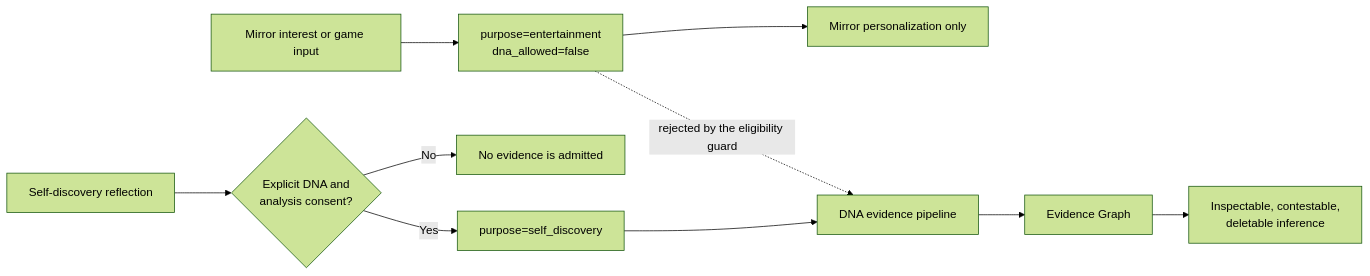
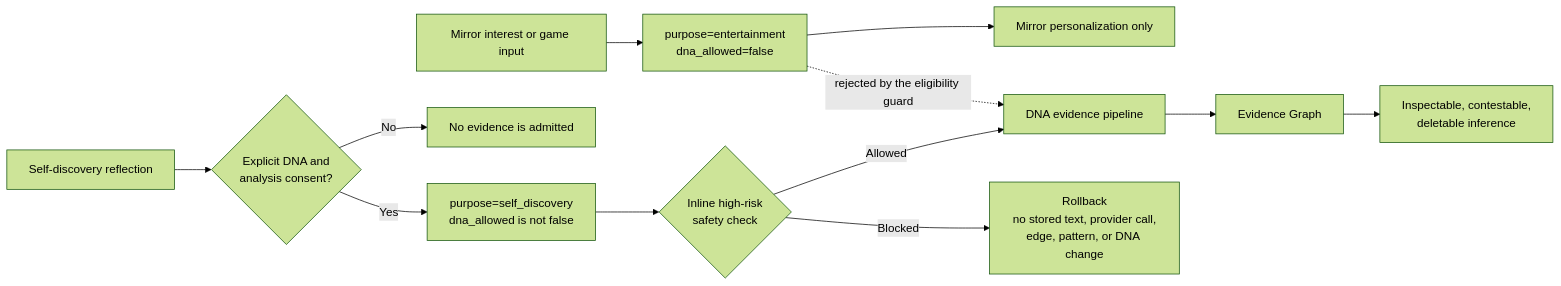
One commit to sasipriya1221/WHO-AM-I changed the second of 2 diagrams in README.md. Above: the diagram before and after it, drawn with Mermaid (forest theme). The commit also changed other lines of this file and 2 other files, not shown here.

````diff
--- a/README.md
+++ b/README.md
@@ -86,13 +87,15 @@
 ```mermaid
 flowchart LR
     M["Mirror interest or game input"] --> E["purpose=entertainment<br/>dna_allowed=false"]
     E --> P["Mirror personalization only"]
     E -.->|rejected by the eligibility guard| D["DNA evidence pipeline"]
 
     S["Self-discovery reflection"] --> C{"Explicit DNA and<br/>analysis consent?"}
     C -- "No" --> N["No evidence is admitted"]
-    C -- "Yes" --> SD["purpose=self_discovery"]
-    SD --> D
+    C -- "Yes" --> SD["purpose=self_discovery<br/>dna_allowed is not false"]
+    SD --> R{"Inline high-risk<br/>safety check"}
+    R -- "Blocked" --> B["Rollback<br/>no stored text, provider call,<br/>edge, pattern, or DNA change"]
+    R -- "Allowed" --> D
     D --> G["Evidence Graph"]
     G --> U["Inspectable, contestable,<br/>deletable inference"]
 ```
````
